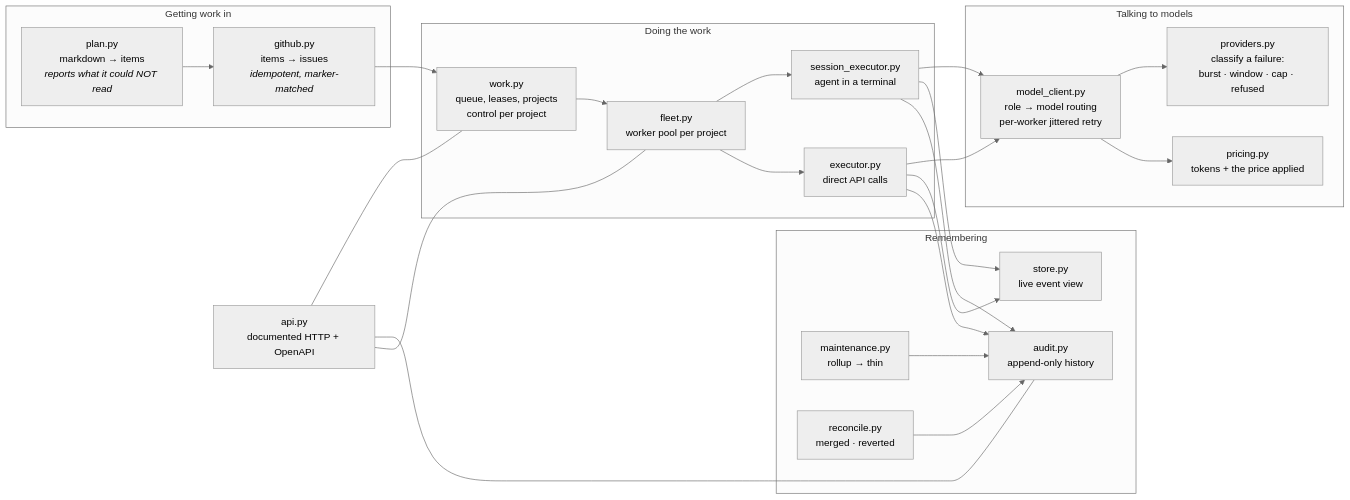
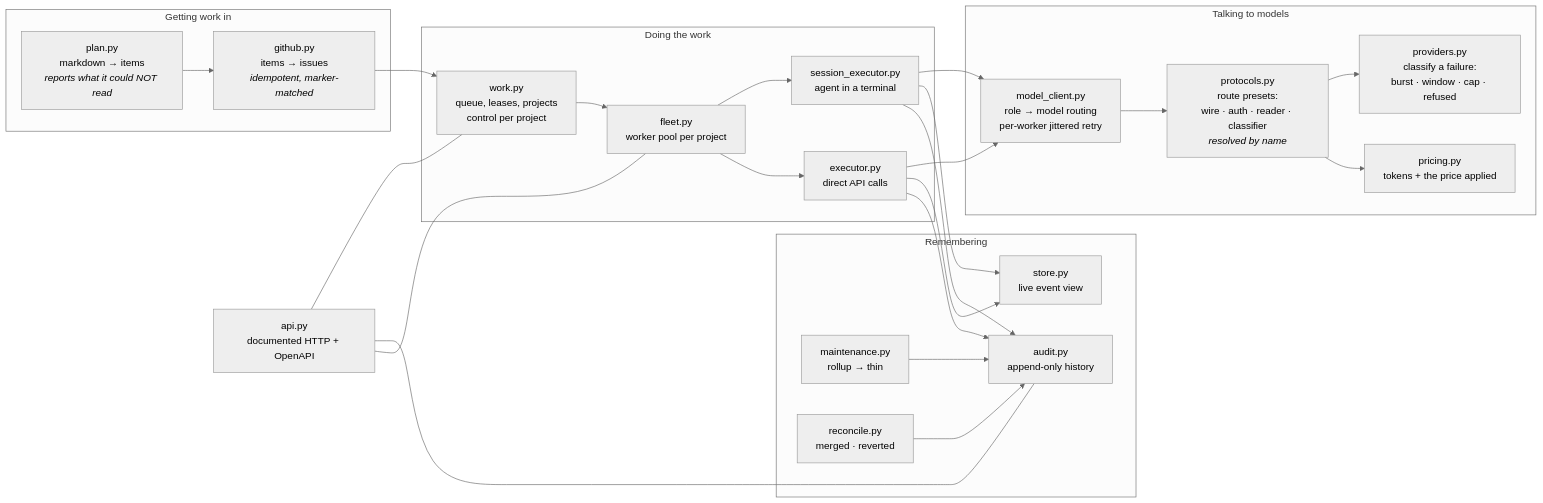
Before and after one commit to TheDancingDeveloper-org/agent-harness: the third of 7 diagrams in docs/ARCHITECTURE.md, drawn with Mermaid (neutral theme). The commit also changed other lines of this file and 3 other files, not shown here.

````diff
--- a/docs/ARCHITECTURE.md
+++ b/docs/ARCHITECTURE.md
@@ -121,37 +121,38 @@
 ```mermaid
 graph LR
     subgraph ingest["Getting work in"]
         plan["plan.py<br/>markdown → items<br/><i>reports what it could NOT read</i>"]
         gh["github.py<br/>items → issues<br/><i>idempotent, marker-matched</i>"]
     end
 
     subgraph core["Doing the work"]
         work["work.py<br/>queue, leases, projects<br/>control per project"]
         fleet["fleet.py<br/>worker pool per project"]
         sx["session_executor.py<br/>agent in a terminal"]
         ex["executor.py<br/>direct API calls"]
     end
 
     subgraph model["Talking to models"]
         mc["model_client.py<br/>role → model routing<br/>per-worker jittered retry"]
+        proto["protocols.py<br/>route presets:<br/>wire · auth · reader · classifier<br/><i>resolved by name</i>"]
         prov["providers.py<br/>classify a failure:<br/>burst · window · cap · refused"]
         price["pricing.py<br/>tokens + the price applied"]
     end
 
     subgraph record["Remembering"]
         store["store.py<br/>live event view"]
         audit["audit.py<br/>append-only history"]
         maint["maintenance.py<br/>rollup → thin"]
         recon["reconcile.py<br/>merged · reverted"]
     end
 
     api["api.py<br/>documented HTTP + OpenAPI"]
 
     plan --> gh --> work
     work --> fleet --> sx & ex
-    sx & ex --> mc --> prov & price
+    sx & ex --> mc --> proto --> prov & price
     sx & ex --> store & audit
     maint --> audit
     recon --> audit
     api --- work & audit & fleet
 ```
````
